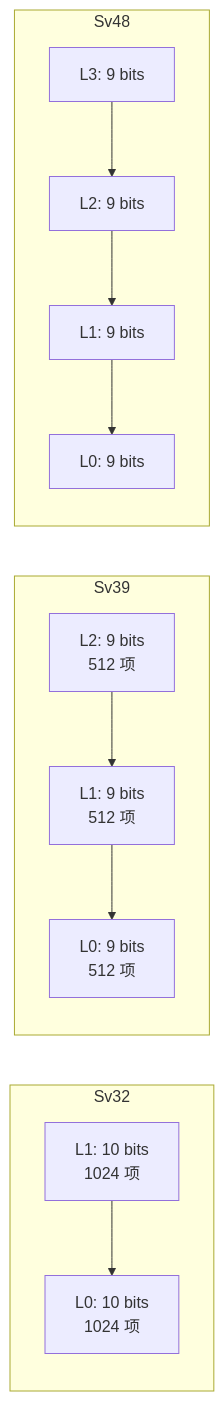
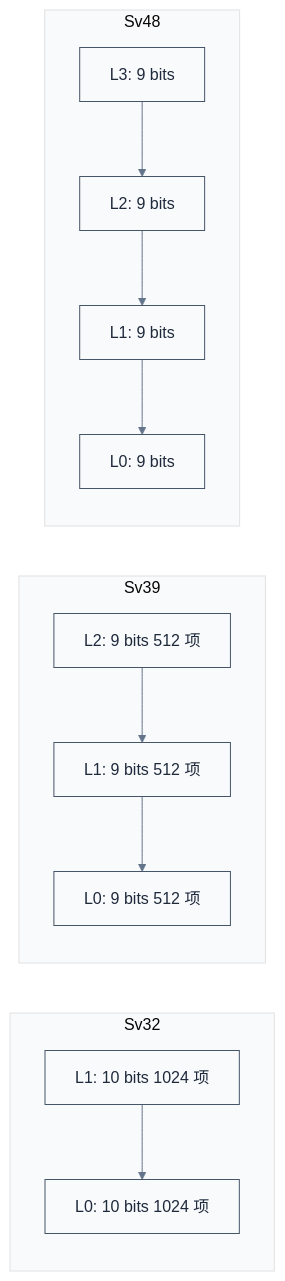
Before and after one commit to swjtuer326/cs-learning-notes: the third of 5 diagrams in riscv/03-privileged/memory-management.md, drawn with Mermaid. The commit also changed other lines of this file and 23 other files, not shown here.

````diff
--- a/riscv/03-privileged/memory-management.md
+++ b/riscv/03-privileged/memory-management.md
@@ -209,23 +374,24 @@
 ```mermaid
+%%{init: {"theme": "base", "themeVariables": {"primaryColor": "#f8fafc", "primaryTextColor": "#1e293b", "primaryBorderColor": "#475569", "lineColor": "#64748b", "secondaryColor": "#f1f5f9", "secondaryBorderColor": "#94a3b8", "tertiaryColor": "#f8fafc", "fontFamily": "\"trebuchet ms\", verdana, arial, sans-serif"}}}%%
 graph LR
     subgraph Sv32
-        S32_L1["L1: 10 bits<br/>1024 项"]
-        S32_L0["L0: 10 bits<br/>1024 项"]
+        S32_L1["L1: 10 bits 1024 项"]
+        S32_L0["L0: 10 bits 1024 项"]
         S32_L1 --> S32_L0
     end
 
     subgraph Sv39
-        S39_L2["L2: 9 bits<br/>512 项"]
-        S39_L1["L1: 9 bits<br/>512 项"]
-        S39_L0["L0: 9 bits<br/>512 项"]
+        S39_L2["L2: 9 bits 512 项"]
+        S39_L1["L1: 9 bits 512 项"]
+        S39_L0["L0: 9 bits 512 项"]
         S39_L2 --> S39_L1 --> S39_L0
     end
 
     subgraph Sv48
         S48_L3["L3: 9 bits"]
         S48_L2["L2: 9 bits"]
         S48_L1["L1: 9 bits"]
         S48_L0["L0: 9 bits"]
         S48_L3 --> S48_L2 --> S48_L1 --> S48_L0
     end
 ```
````
